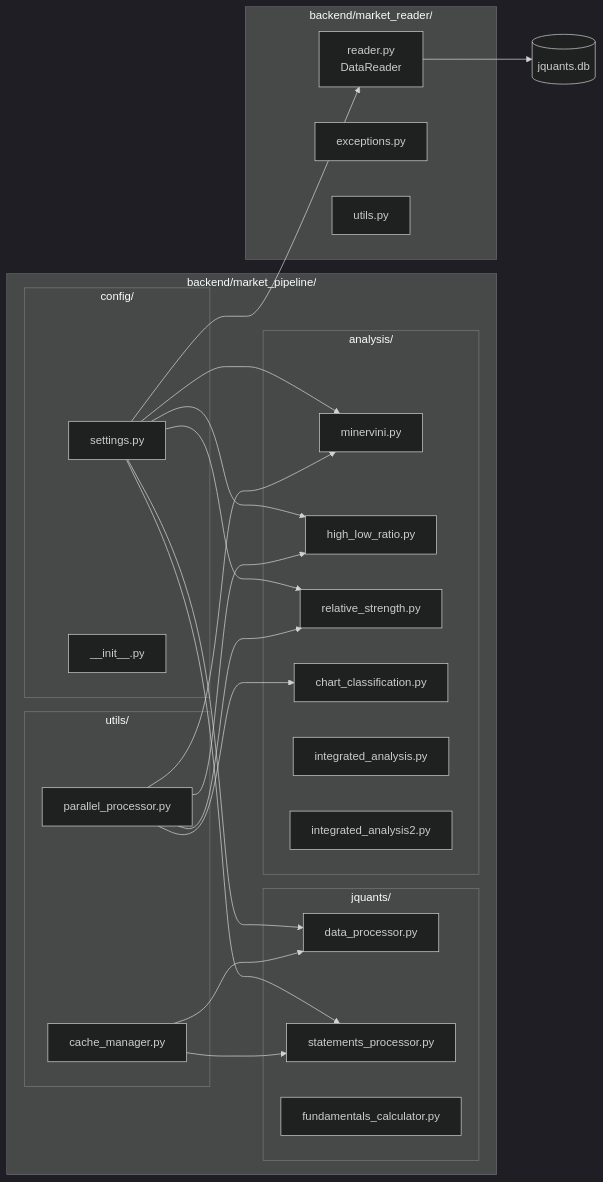
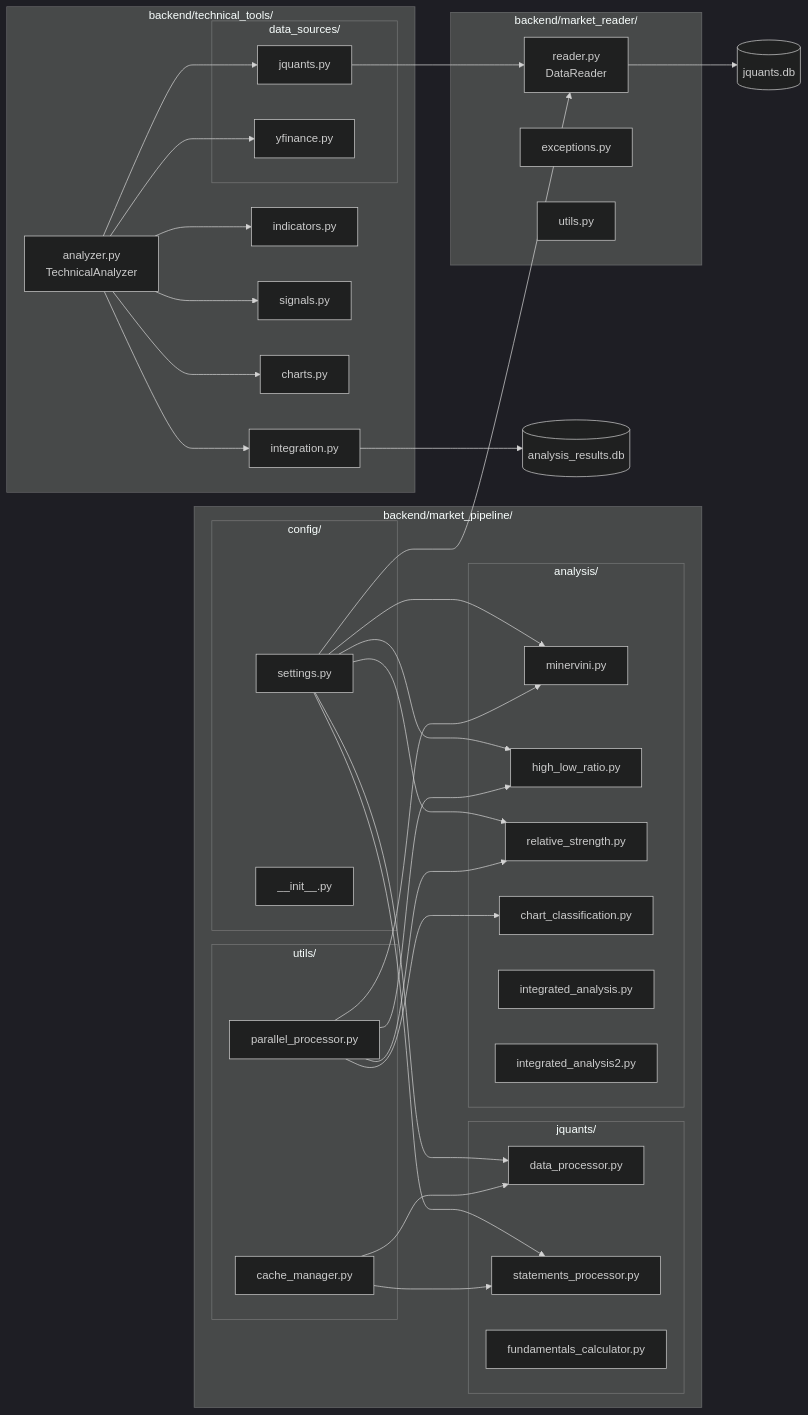
Before and after one commit to tak-akashi/stock-analysis: the second of 8 diagrams in docs/core/diagrams.md, drawn with Mermaid (dark theme). The commit also changed 20 other files, not shown here.

Commit message:
feat: added technical tools

````diff
--- a/docs/core/diagrams.md
+++ b/docs/core/diagrams.md
@@ -57,52 +57,73 @@
 ```mermaid
 graph LR
     subgraph Backend["backend/market_pipeline/"]
         subgraph Config["config/"]
             SET[settings.py]
             INIT[__init__.py]
         end
 
         subgraph JQuants["jquants/"]
             DP[data_processor.py]
             SP[statements_processor.py]
             FC[fundamentals_calculator.py]
         end
 
         subgraph AnalysisMod["analysis/"]
             MN[minervini.py]
             HL[high_low_ratio.py]
             RS[relative_strength.py]
             CC[chart_classification.py]
             IA[integrated_analysis.py]
             IA2[integrated_analysis2.py]
         end
 
         subgraph Utils["utils/"]
             PP[parallel_processor.py]
             CM[cache_manager.py]
         end
     end
 
     subgraph MarketReader["backend/market_reader/"]
         DR[reader.py<br/>DataReader]
         EX[exceptions.py]
         UT[utils.py]
     end
 
+    subgraph TechTools["backend/technical_tools/"]
+        TA[analyzer.py<br/>TechnicalAnalyzer]
+        IND[indicators.py]
+        SIG[signals.py]
+        CHT[charts.py]
+        INT[integration.py]
+        subgraph DataSources["data_sources/"]
+            JQS[jquants.py]
+            YFS[yfinance.py]
+        end
+    end
+
     SET --> DP
     SET --> SP
     SET --> MN
     SET --> HL
     SET --> RS
     SET --> DR
 
     PP --> MN
     PP --> HL
     PP --> RS
     PP --> CC
 
     CM --> DP
     CM --> SP
 
     DR --> JDB[(jquants.db)]
+
+    JQS --> DR
+    TA --> IND
+    TA --> SIG
+    TA --> CHT
+    TA --> INT
+    TA --> JQS
+    TA --> YFS
+    INT --> ADB[(analysis_results.db)]
 ```
````
